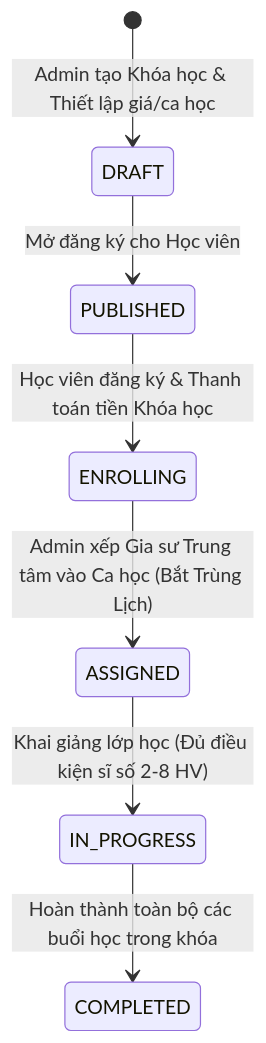
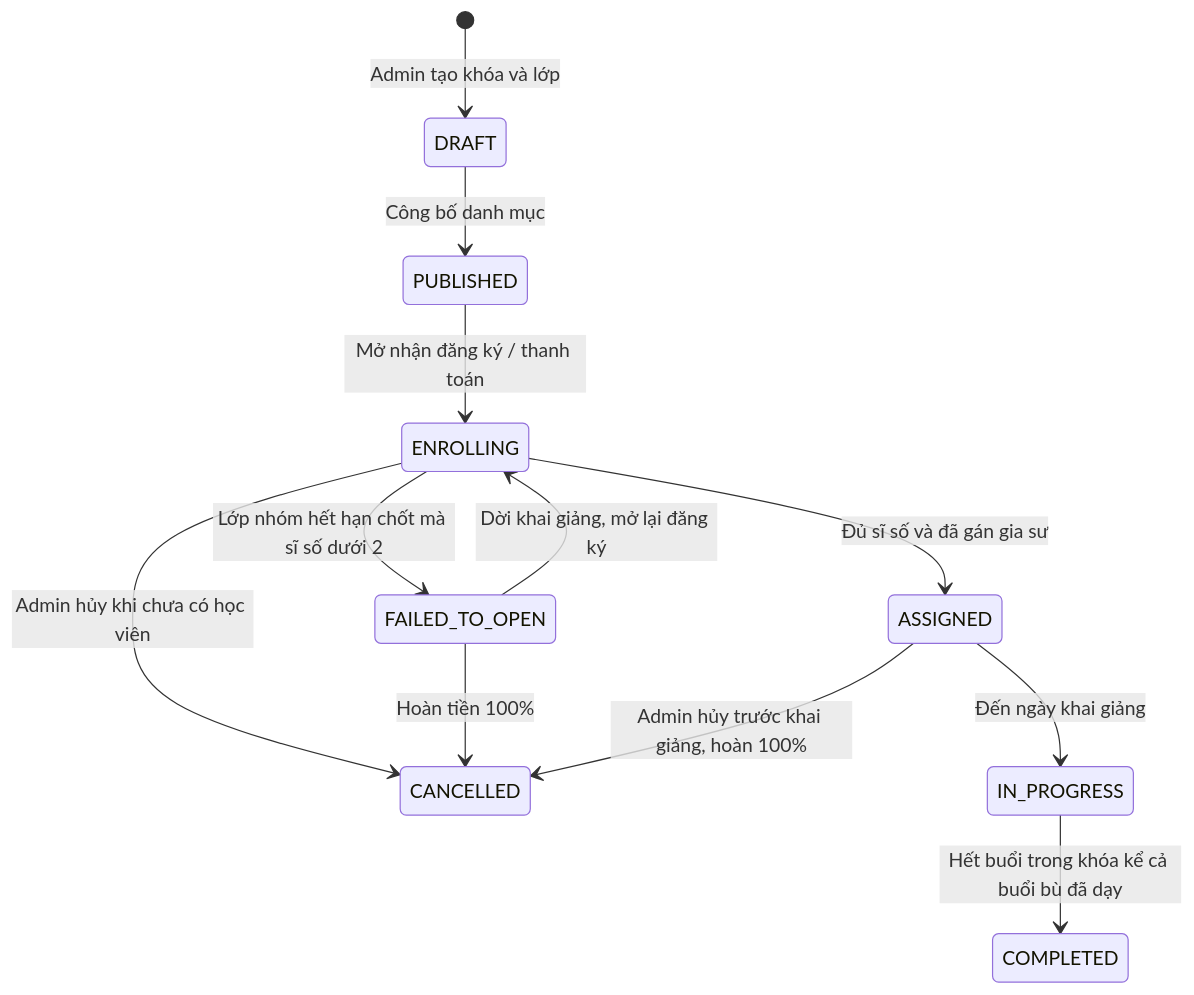
Before and after one commit to Tri-Viet-Tutor/documentation: the diagram in 01-Business-Logic/04-Matching-and-Class-Management.md, drawn with Mermaid. The commit also changed other lines of this file and 4 other files, not shown here.

Commit message:
Update the bussiness rule and flow

````diff
--- a/01-Business-Logic/04-Matching-and-Class-Management.md
+++ b/01-Business-Logic/04-Matching-and-Class-Management.md
@@ -5,9 +9,14 @@
 ```mermaid
 stateDiagram-v2
-    [*] --> DRAFT: Admin tạo Khóa học & Thiết lập giá/ca học
-    DRAFT --> PUBLISHED: Mở đăng ký cho Học viên
-    PUBLISHED --> ENROLLING: Học viên đăng ký & Thanh toán tiền Khóa học
-    ENROLLING --> ASSIGNED: Admin xếp Gia sư Trung tâm vào Ca học (Bắt Trùng Lịch)
-    ASSIGNED --> IN_PROGRESS: Khai giảng lớp học (Đủ điều kiện sĩ số 2-8 HV)
-    IN_PROGRESS --> COMPLETED: Hoàn thành toàn bộ các buổi học trong khóa
+    [*] --> DRAFT: Admin tạo khóa và lớp
+    DRAFT --> PUBLISHED: Công bố danh mục
+    PUBLISHED --> ENROLLING: Mở nhận đăng ký / thanh toán
+    ENROLLING --> ASSIGNED: Đủ sĩ số và đã gán gia sư
+    ENROLLING --> FAILED_TO_OPEN: Lớp nhóm hết hạn chốt mà sĩ số dưới 2
+    ENROLLING --> CANCELLED: Admin hủy khi chưa có học viên
+    FAILED_TO_OPEN --> ENROLLING: Dời khai giảng, mở lại đăng ký
+    FAILED_TO_OPEN --> CANCELLED: Hoàn tiền 100%
+    ASSIGNED --> IN_PROGRESS: Đến ngày khai giảng
+    IN_PROGRESS --> COMPLETED: Hết buổi trong khóa kể cả buổi bù đã dạy
+    ASSIGNED --> CANCELLED: Admin hủy trước khai giảng, hoàn 100%
 ```
````
